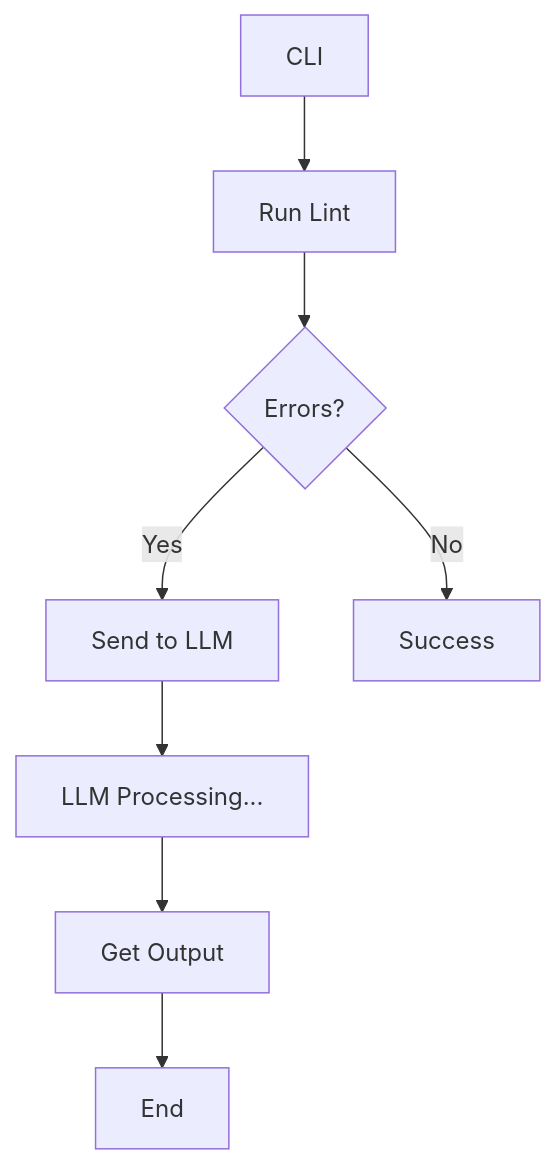
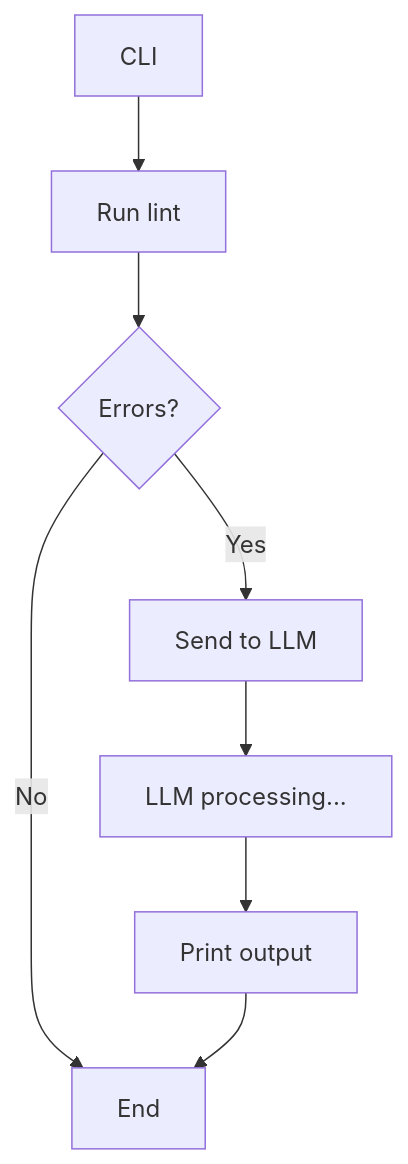
The first of 3 diagrams in src/content/blog/8-first-hackathon-experience.mdx (larb26656/luckytime1996-blog), drawn with Mermaid before and after one commit. The commit also changed other lines of this file and 27 other files, not shown here.

````diff
--- a/src/content/blog/8-first-hackathon-experience.mdx
+++ b/src/content/blog/8-first-hackathon-experience.mdx
@@ -170,10 +167,10 @@
 ```mermaid
 flowchart TD
-    A[CLI] --> B[Run Lint]
+    A[CLI] --> B[Run lint]
     B --> C{Errors?}
     C -->|Yes| D[Send to LLM]
-    C -->|No| E[Success]
-    D --> F[LLM Processing...]
-    F --> G[Get Output]
+    C -->|No| I[End]
+    D --> F[LLM processing...]
+    F --> G[Print output]
     G --> I[End]
 ```
````
